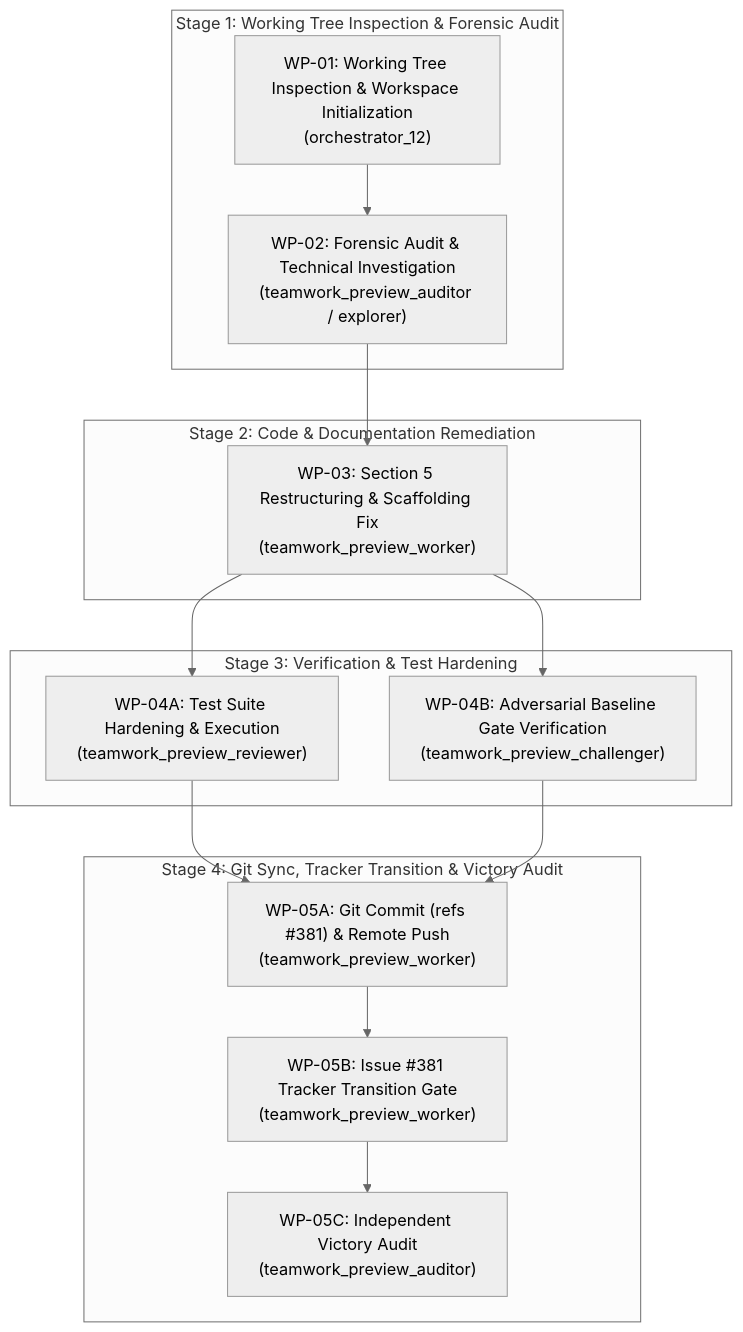
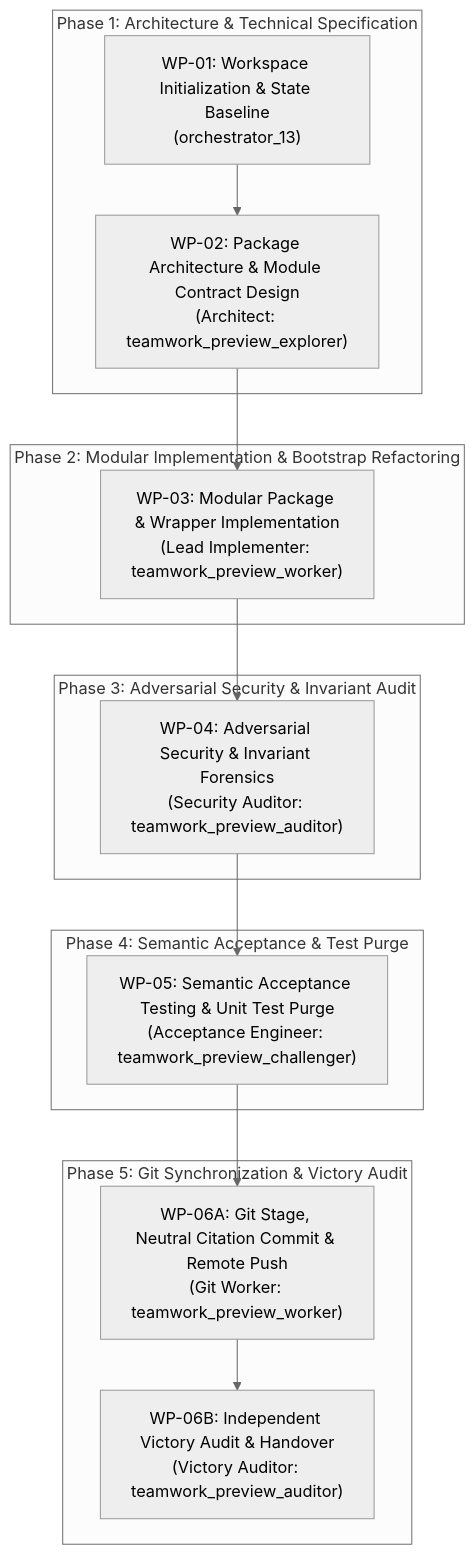
The diagram in implementation_plan.md (gintatkinson/DEAP01-spec-core), drawn with Mermaid (neutral theme) before and after one commit. The commit also changed other lines of this file and 140 other files, not shown here.

Commit message:
refactor(installer): modularize install_pipeline.sh into scripts/installer package with atomic staging and semantic acceptance (refs #401)

````diff
--- a/implementation_plan.md
+++ b/implementation_plan.md
@@ -37,31 +16,31 @@
 ```mermaid
 flowchart TD
-    subgraph Stage1 ["Stage 1: Working Tree Inspection & Forensic Audit"]
-        WP01["WP-01: Working Tree Inspection & Workspace Initialization<br/>(orchestrator_12)"]
-        WP02["WP-02: Forensic Audit & Technical Investigation<br/>(teamwork_preview_auditor / explorer)"]
+    subgraph Phase1 ["Phase 1: Architecture & Technical Specification"]
+        WP01["WP-01: Workspace Initialization & State Baseline<br/>(orchestrator_13)"]
+        WP02["WP-02: Package Architecture & Module Contract Design<br/>(Architect: teamwork_preview_explorer)"]
     end
 
-    subgraph Stage2 ["Stage 2: Code & Documentation Remediation"]
-        WP03["WP-03: Section 5 Restructuring & Scaffolding Fix<br/>(teamwork_preview_worker)"]
+    subgraph Phase2 ["Phase 2: Modular Implementation & Bootstrap Refactoring"]
+        WP03["WP-03: Modular Package & Wrapper Implementation<br/>(Lead Implementer: teamwork_preview_worker)"]
     end
 
-    subgraph Stage3 ["Stage 3: Verification & Test Hardening"]
-        WP04A["WP-04A: Test Suite Hardening & Execution<br/>(teamwork_preview_reviewer)"]
-        WP04B["WP-04B: Adversarial Baseline Gate Verification<br/>(teamwork_preview_challenger)"]
+    subgraph Phase3 ["Phase 3: Adversarial Security & Invariant Audit"]
+        WP04["WP-04: Adversarial Security & Invariant Forensics<br/>(Security Auditor: teamwork_preview_auditor)"]
     end
 
-    subgraph Stage4 ["Stage 4: Git Sync, Tracker Transition & Victory Audit"]
-        WP05A["WP-05A: Git Commit (refs #381) & Remote Push<br/>(teamwork_preview_worker)"]
-        WP05B["WP-05B: Issue #381 Tracker Transition Gate<br/>(teamwork_preview_worker)"]
-        WP05C["WP-05C: Independent Victory Audit<br/>(teamwork_preview_auditor)"]
-        WP05A --> WP05B
-        WP05B --> WP05C
+    subgraph Phase4 ["Phase 4: Semantic Acceptance & Test Purge"]
+        WP05["WP-05: Semantic Acceptance Testing & Unit Test Purge<br/>(Acceptance Engineer: teamwork_preview_challenger)"]
+    end
+
+    subgraph Phase5 ["Phase 5: Git Synchronization & Victory Audit"]
+        WP06A["WP-06A: Git Stage, Neutral Citation Commit & Remote Push<br/>(Git Worker: teamwork_preview_worker)"]
+        WP06B["WP-06B: Independent Victory Audit & Handover<br/>(Victory Auditor: teamwork_preview_auditor)"]
+        WP06A --> WP06B
     end
 
     WP01 --> WP02
     WP02 --> WP03
-    WP03 --> WP04A
-    WP03 --> WP04B
-    WP04A --> WP05A
-    WP04B --> WP05A
+    WP03 --> WP04
+    WP04 --> WP05
+    WP05 --> WP06A
 ```
````
